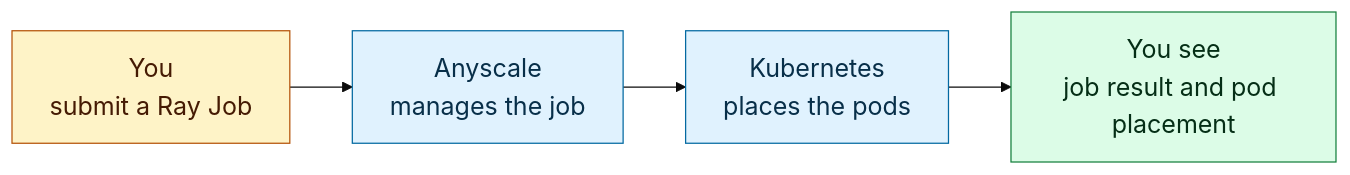
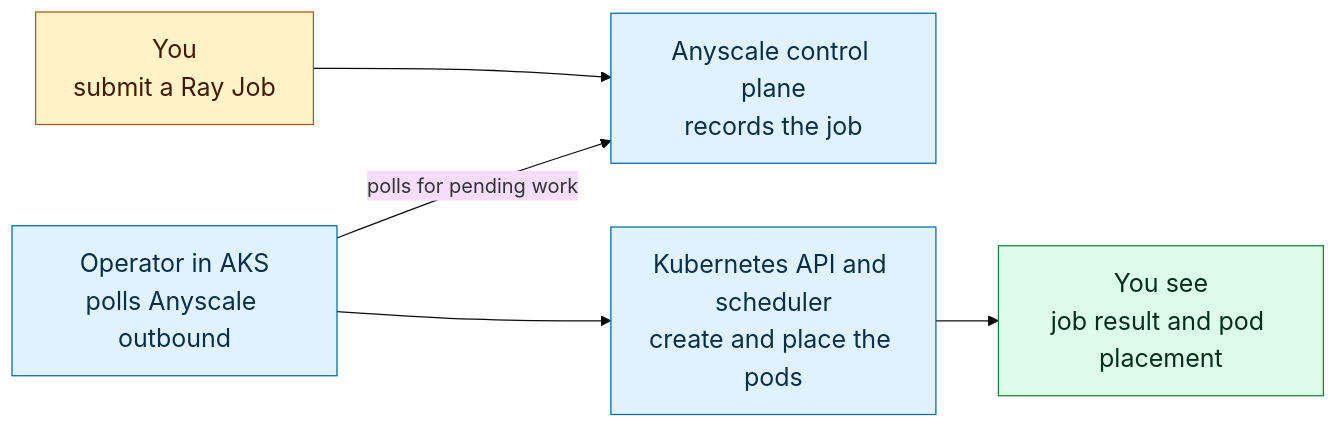
The second of 2 diagrams in docs/ai-workloads-on-aks/aks-flex-anyscale-multi-region.mdx (KenKilty/aks-flex-anyscale-lab), drawn with Mermaid (base theme) before and after one commit. The commit also changed other lines of this file and 9 other files, not shown here.

Commit message:
docs: clarify lab architecture and concepts

````diff
--- a/docs/ai-workloads-on-aks/aks-flex-anyscale-multi-region.mdx
+++ b/docs/ai-workloads-on-aks/aks-flex-anyscale-multi-region.mdx
@@ -93,16 +97,19 @@
 ```mermaid
 flowchart LR
   learner["You<br/>submit a Ray Job"]
-  anyscale["Anyscale<br/>manages the job"]
-  kubernetes["Kubernetes<br/>places the pods"]
+  anyscale["Anyscale control plane<br/>records the job"]
+  operator["Operator in AKS<br/>polls Anyscale outbound"]
+  kubernetes["Kubernetes API and scheduler<br/>create and place the pods"]
   result["You see<br/>job result and pod placement"]
 
-  learner --> anyscale --> kubernetes --> result
+  learner --> anyscale
+  operator -->|polls for pending work| anyscale
+  operator --> kubernetes --> result
 
   classDef person fill:#fef3c7,stroke:#b45309,color:#451a03,font-size:20px
   classDef service fill:#e0f2fe,stroke:#0369a1,color:#082f49,font-size:20px
   classDef result fill:#dcfce7,stroke:#15803d,color:#052e16,font-size:20px
   class learner person
-  class anyscale,kubernetes service
+  class anyscale,operator,kubernetes service
   class result result
 ```
````
